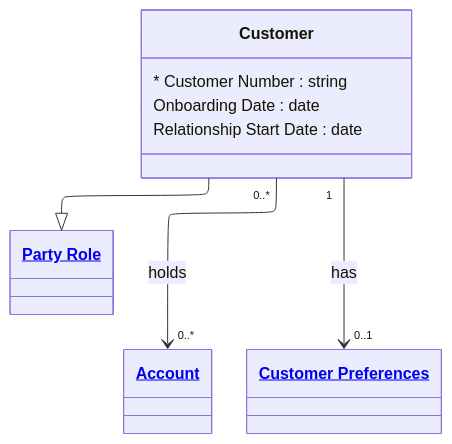
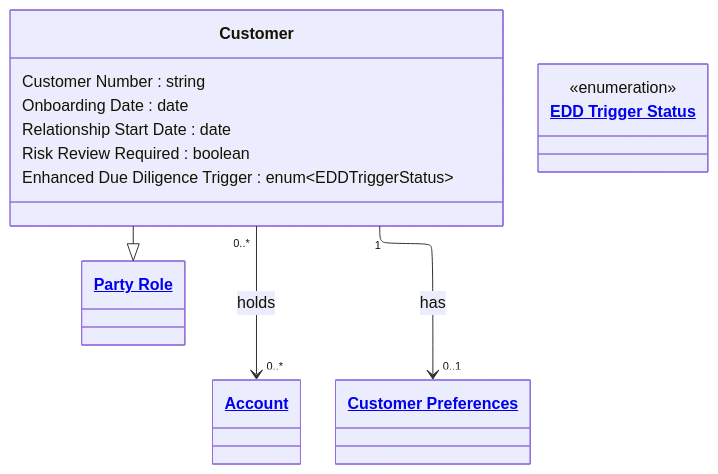
The diagram in examples/Financial Crime/entities/customer.md (Semprini/md-ddl), drawn with Mermaid before and after one commit. The commit also changed other lines of this file and 40 other files, not shown here.

First line of the commit message:
Repair Financial Crime example to meet its own standard (domain 2.0.0)

````diff
--- a/examples/Financial Crime/entities/customer.md
+++ b/examples/Financial Crime/entities/customer.md
@@ -9,20 +9,23 @@
 ```mermaid
 ---
 config:
   layout: elk
 ---
 classDiagram
   class Customer{
-    * Customer Number : string
+    Customer Number : string
     Onboarding Date : date
     Relationship Start Date : date
+    Risk Review Required : boolean
+    Enhanced Due Diligence Trigger : enum~EDDTriggerStatus~
   }
 
   Customer --|> PartyRole
   Customer "0..*" --> "0..*" Account : holds
   Customer "1" --> "0..1" CustomerPreferences : has
 
+  class EDDTriggerStatus["<a href='https://github.com/Semprini/md-ddl/blob/main/examples/Financial%20Crime/enums.md#edd-trigger-status'>EDD Trigger Status</a>"]{<<enumeration>>}
   class PartyRole["<a href='https://github.com/Semprini/md-ddl/blob/main/examples/Financial%20Crime/entities/party_role.md'>Party Role</a>"]
   class Account["<a href='https://github.com/Semprini/md-ddl/blob/main/examples/Financial%20Crime/entities/account.md'>Account</a>"]
   class CustomerPreferences["<a href='https://github.com/Semprini/md-ddl/blob/main/examples/Financial%20Crime/entities/customer-preferences.md'>Customer Preferences</a>"]
 ```
````
